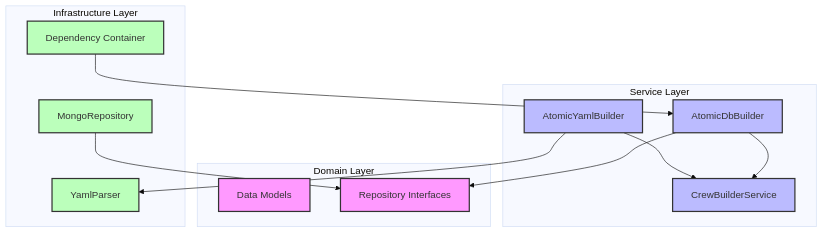
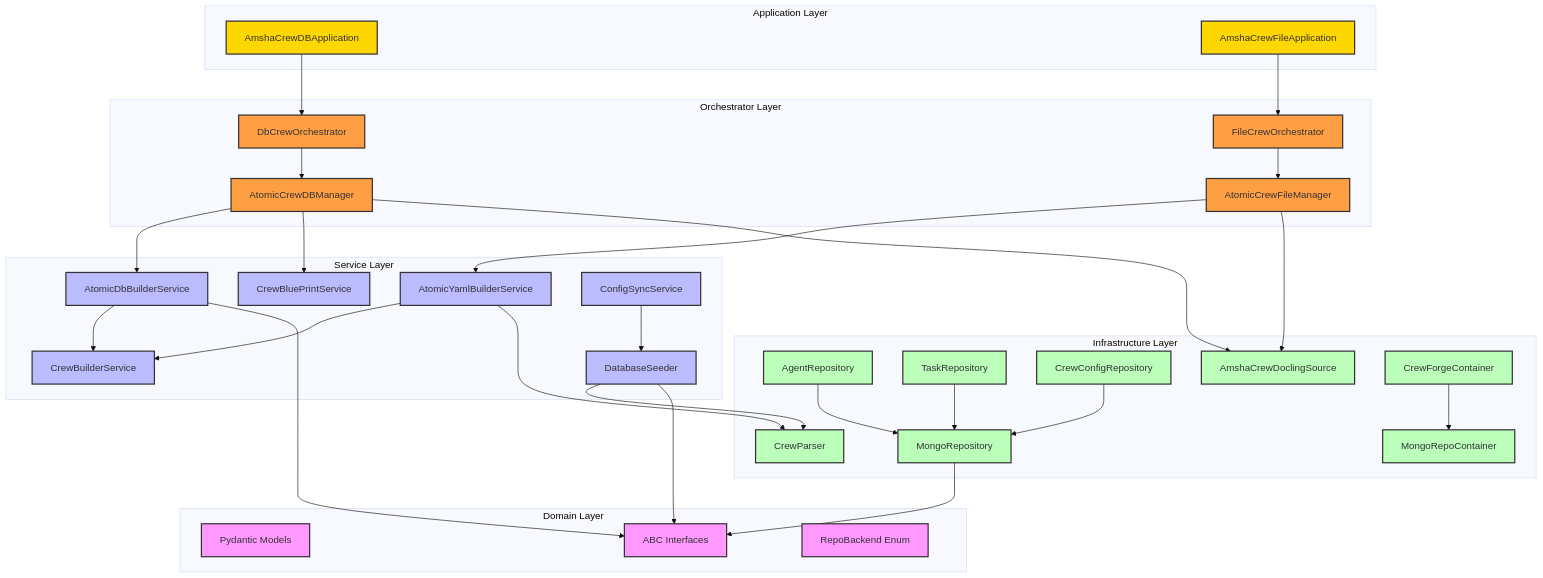
One commit to NikhilVijayakumar/Amsha changed the first of 6 diagrams in docs/paper/modules/crew_forge/architecture.md. Above: the diagram before and after it, drawn with Mermaid. The commit also changed other lines of this file and 24 other files, not shown here.

````diff
--- a/docs/paper/modules/crew_forge/architecture.md
+++ b/docs/paper/modules/crew_forge/architecture.md
@@ -9,31 +9,69 @@
 ```mermaid
 %%{init: {'theme': 'base'}}%%
 flowchart TD
+    classDef app fill:#ffd700,stroke:#333,stroke-width:2px;
+    classDef orch fill:#ff9f43,stroke:#333,stroke-width:2px;
+    classDef service fill:#bbf,stroke:#333,stroke-width:2px;
     classDef domain fill:#f9f,stroke:#333,stroke-width:2px;
-    classDef service fill:#bbf,stroke:#333,stroke-width:2px;
     classDef infra fill:#bfb,stroke:#333,stroke-width:2px;
 
-    subgraph "Domain Layer"
-        Models[Data Models]:::domain
-        Interfaces[Repository Interfaces]:::domain
+    subgraph "Application Layer"
+        DBApp["AmshaCrewDBApplication"]:::app
+        FileApp["AmshaCrewFileApplication"]:::app
+    end
+
+    subgraph "Orchestrator Layer"
+        DbOrch["DbCrewOrchestrator"]:::orch
+        FileOrch["FileCrewOrchestrator"]:::orch
+        DBMgr["AtomicCrewDBManager"]:::orch
+        FileMgr["AtomicCrewFileManager"]:::orch
     end
 
     subgraph "Service Layer"
-        CBS[CrewBuilderService]:::service
-        ADB[AtomicDbBuilder]:::service
-        AYB[AtomicYamlBuilder]:::service
+        CBS["CrewBuilderService"]:::service
+        ADB["AtomicDbBuilderService"]:::service
+        AYB["AtomicYamlBuilderService"]:::service
+        BPS["CrewBluePrintService"]:::service
+        CSS["ConfigSyncService"]:::service
+        Seeder["DatabaseSeeder"]:::service
+    end
+
+    subgraph "Domain Layer"
+        Models["Pydantic Models"]:::domain
+        Interfaces["ABC Interfaces"]:::domain
+        Enums["RepoBackend Enum"]:::domain
     end
 
     subgraph "Infrastructure Layer"
-        Mongo[MongoRepository]:::infra
-        YParse[YamlParser]:::infra
-        DI[Dependency Container]:::infra
+        Mongo["MongoRepository"]:::infra
+        AgentRepo["AgentRepository"]:::infra
+        TaskRepo["TaskRepository"]:::infra
+        CrewRepo["CrewConfigRepository"]:::infra
+        Parser["CrewParser"]:::infra
+        Knowledge["AmshaCrewDoclingSource"]:::infra
+        DI["CrewForgeContainer"]:::infra
+        MongoDI["MongoRepoContainer"]:::infra
     end
 
+    DBApp --> DbOrch
+    FileApp --> FileOrch
+    DbOrch --> DBMgr
+    FileOrch --> FileMgr
+    DBMgr --> ADB
+    FileMgr --> AYB
     ADB --> CBS
     AYB --> CBS
     ADB --> Interfaces
-    AYB --> YParse
+    AYB --> Parser
+    DBMgr --> BPS
+    CSS --> Seeder
+    Seeder --> Parser
+    Seeder --> Interfaces
+    AgentRepo --> Mongo
+    TaskRepo --> Mongo
+    CrewRepo --> Mongo
     Mongo --> Interfaces
-    DI --> ADB
+    DI --> MongoDI
+    DBMgr --> Knowledge
+    FileMgr --> Knowledge
 ```
````
